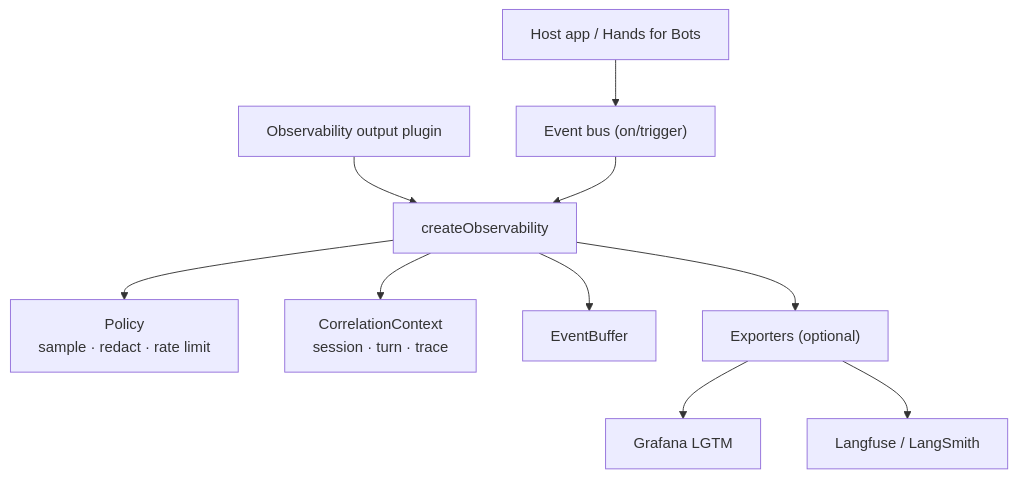
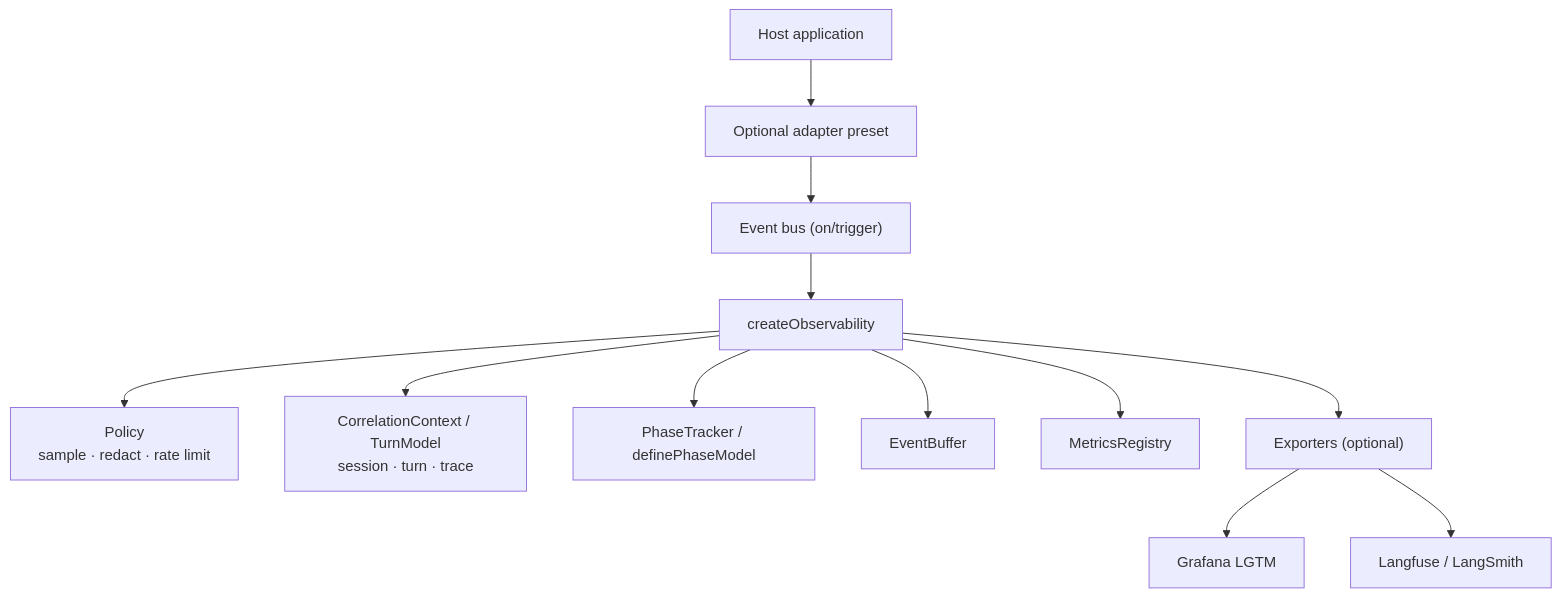
Before and after one commit to alexlana/handsforbots: the diagram in handsforbots/Libs/SemanticEventObservability/docs/architecture.md, drawn with Mermaid. The commit also changed other lines of this file and 26 other files, not shown here.

First line of the commit message:
feat(observability): emit seo_* metrics with MetricsRegistry and phase presets.

````diff
--- a/handsforbots/Libs/SemanticEventObservability/docs/architecture.md
+++ b/handsforbots/Libs/SemanticEventObservability/docs/architecture.md
@@ -3,22 +5,27 @@
 ```mermaid
 flowchart TB
-  App["Host app / Hands for Bots"]
+  App["Host application"]
+  Adapter["Optional adapter preset"]
   Bus["Event bus (on/trigger)"]
   Core["createObservability"]
   Policy["Policy<br/>sample · redact · rate limit"]
-  Corr["CorrelationContext<br/>session · turn · trace"]
+  Corr["CorrelationContext / TurnModel<br/>session · turn · trace"]
+  Phase["PhaseTracker / definePhaseModel"]
   Buffer["EventBuffer"]
+  Metrics["MetricsRegistry"]
   Exporters["Exporters (optional)"]
   Grafana["Grafana LGTM"]
   LLM["Langfuse / LangSmith"]
 
-  App --> Bus
-  Plugin["Observability output plugin"] --> Core
+  App --> Adapter
+  Adapter --> Bus
   Bus --> Core
   Core --> Policy
   Core --> Corr
+  Core --> Phase
   Core --> Buffer
+  Core --> Metrics
   Core --> Exporters
   Exporters --> Grafana
   Exporters --> LLM
 ```
````
